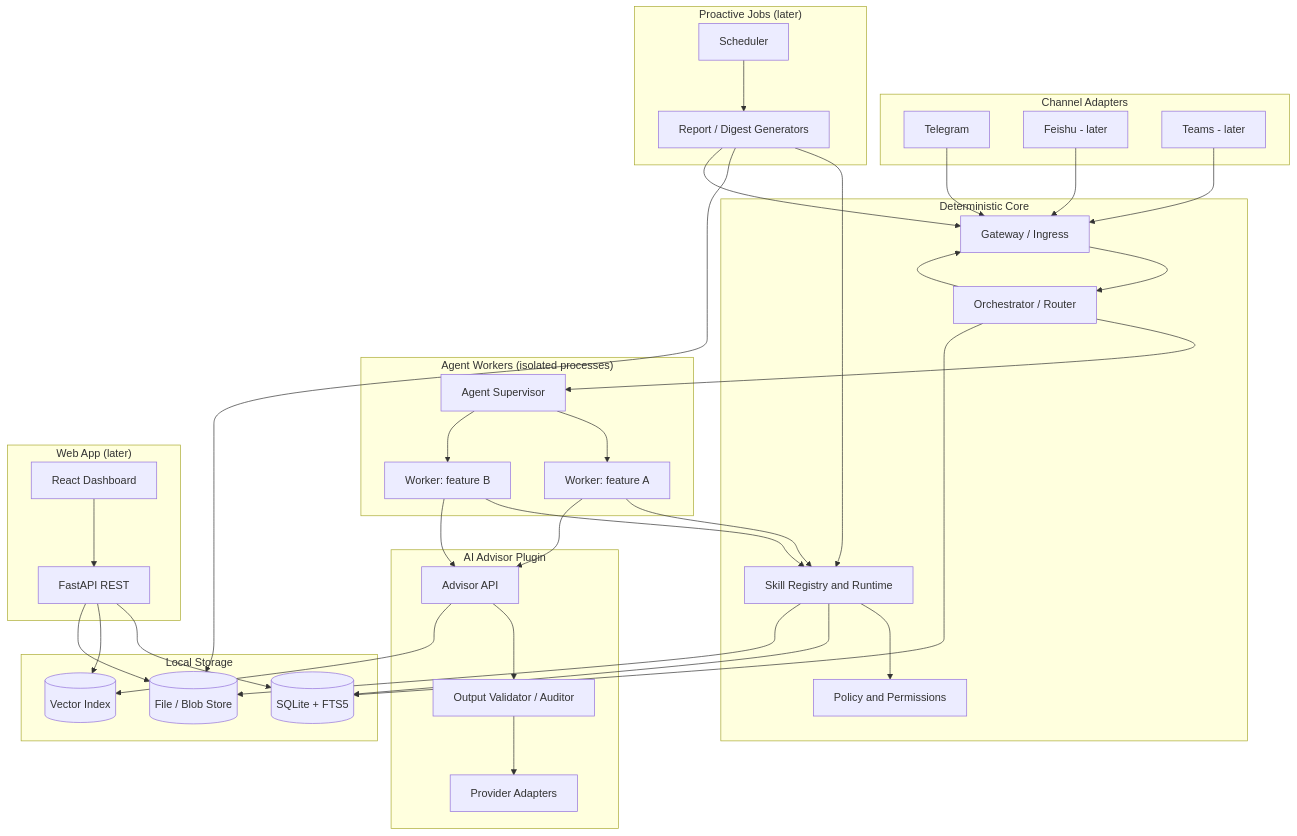
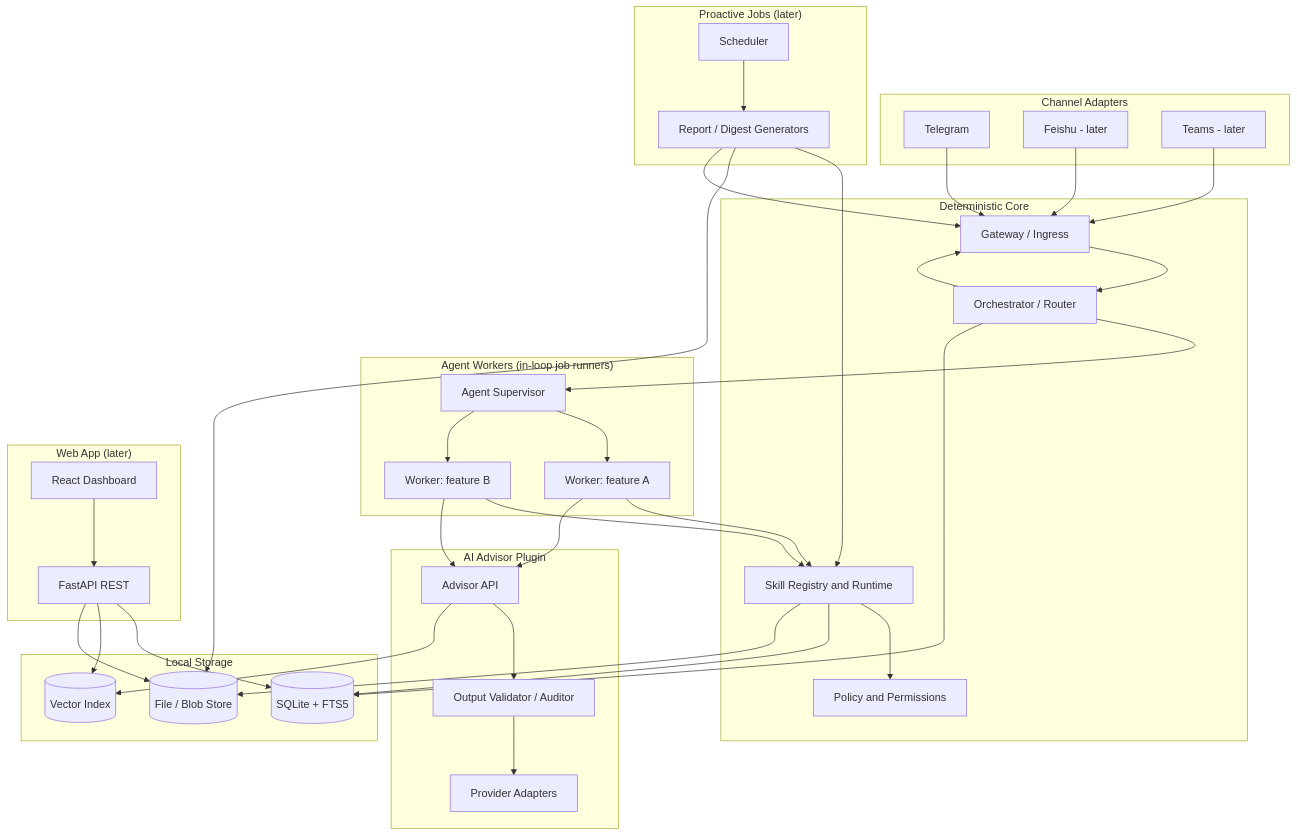
The first of 11 diagrams in docs/design-spec.md (AbelHu/ai-research), drawn with Mermaid before and after one commit. The commit also changed other lines of this file and 2 other files, not shown here.

Commit message:
do not use process for job

````diff
--- a/docs/design-spec.md
+++ b/docs/design-spec.md
@@ -76,71 +76,71 @@
 ```mermaid
 flowchart TB
   subgraph CH["Channel Adapters"]
     TG[Telegram]
     FS[Feishu - later]
     TM[Teams - later]
   end
 
   subgraph CORE["Deterministic Core"]
     GW[Gateway / Ingress]
     ORCH[Orchestrator / Router]
     SKILLS[Skill Registry and Runtime]
     POLICY[Policy and Permissions]
   end
 
-  subgraph AGENTS["Agent Workers (isolated processes)"]
+  subgraph AGENTS["Agent Workers (in-loop job runners)"]
     SUP[Agent Supervisor]
     W1[Worker: feature A]
     W2[Worker: feature B]
   end
 
   subgraph ADV["AI Advisor Plugin"]
     API2[Advisor API]
     VAL[Output Validator / Auditor]
     PROV[Provider Adapters]
   end
 
   subgraph STORE["Local Storage"]
     DB[(SQLite + FTS5)]
     VEC[(Vector Index)]
     BLOB[(File / Blob Store)]
   end
 
   subgraph WEB["Web App (later)"]
     REST[FastAPI REST]
     UI[React Dashboard]
   end
 
   subgraph SCHED["Proactive Jobs (later)"]
     SCHEDULER[Scheduler]
     JOBS[Report / Digest Generators]
   end
 
   TG --> GW
   FS --> GW
   TM --> GW
   GW --> ORCH
   ORCH --> SUP
   SUP --> W1
   SUP --> W2
   W1 --> SKILLS
   W2 --> SKILLS
   W1 --> API2
   W2 --> API2
   SKILLS --> POLICY
   API2 --> VAL
   VAL --> PROV
   ORCH --> DB
   SKILLS --> DB
   SKILLS --> BLOB
   API2 --> VEC
   REST --> DB
   REST --> VEC
   REST --> BLOB
   UI --> REST
   ORCH --> GW
   SCHEDULER --> JOBS
   JOBS --> SKILLS
   JOBS --> BLOB
   JOBS --> GW
 ```
````
